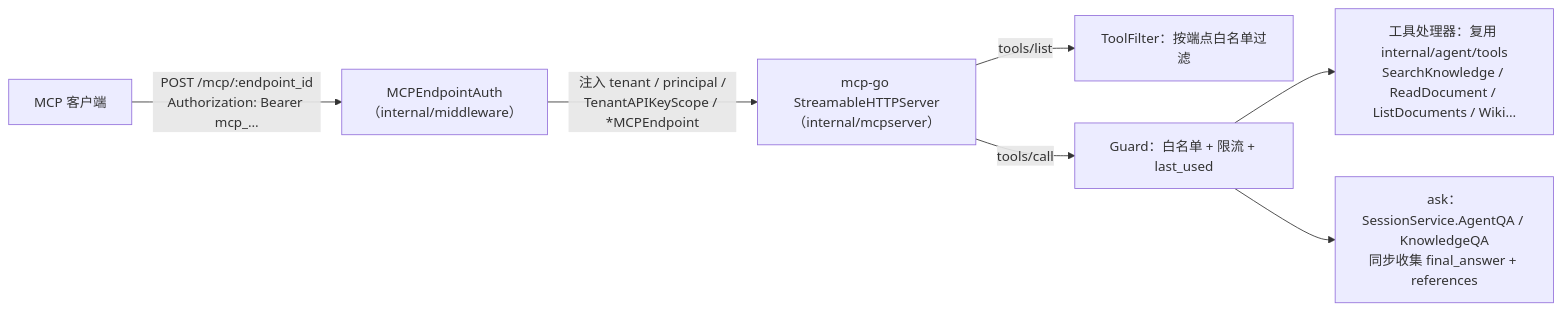
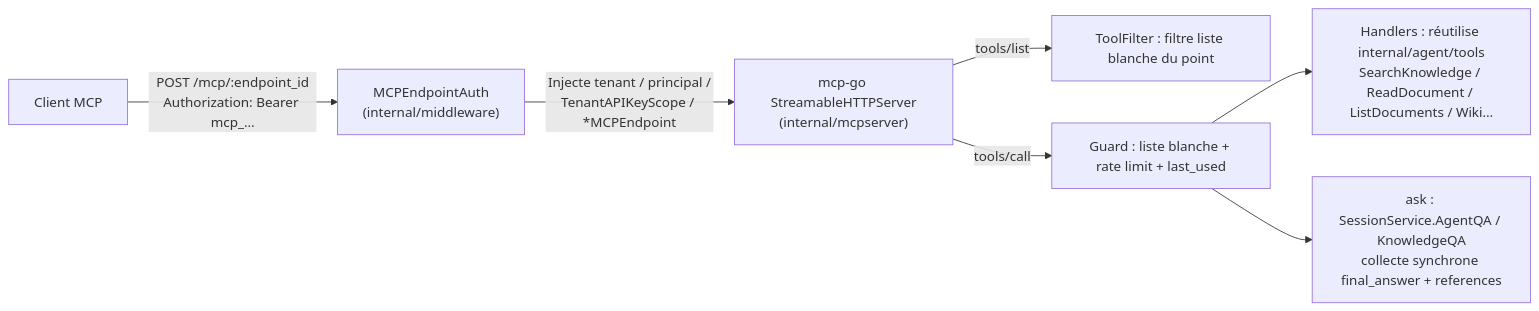
Before and after one commit to samiriggui-code/gsms-template: the fourth of 4 diagrams in website-docs/03-features/08-mcp.md, drawn with Mermaid. The commit also changed other lines of this file and 301 other files, not shown here.

````diff
--- a/website-docs/03-features/08-mcp.md
+++ b/website-docs/03-features/08-mcp.md
@@ -466,9 +466,9 @@
 ```mermaid
 flowchart LR
-    C["MCP 客户端"] -->|"POST /mcp/:endpoint_id<br/>Authorization: Bearer mcp_…"| A["MCPEndpointAuth<br/>（internal/middleware）"]
-    A -->|"注入 tenant / principal /<br/>TenantAPIKeyScope / *MCPEndpoint"| S["mcp-go StreamableHTTPServer<br/>（internal/mcpserver）"]
-    S -->|"tools/list"| F["ToolFilter：按端点白名单过滤"]
-    S -->|"tools/call"| G["Guard：白名单 + 限流 + last_used"]
-    G --> T["工具处理器：复用 internal/agent/tools<br/>SearchKnowledge / ReadDocument / ListDocuments / Wiki…"]
-    G --> Q["ask：SessionService.AgentQA / KnowledgeQA<br/>同步收集 final_answer + references"]
+    C["Client MCP"] -->|"POST /mcp/:endpoint_id<br/>Authorization: Bearer mcp_…"| A["MCPEndpointAuth<br/>(internal/middleware)"]
+    A -->|"Injecte tenant / principal /<br/>TenantAPIKeyScope / *MCPEndpoint"| S["mcp-go StreamableHTTPServer<br/>(internal/mcpserver)"]
+    S -->|"tools/list"| F["ToolFilter : filtre liste blanche du point"]
+    S -->|"tools/call"| G["Guard : liste blanche + rate limit + last_used"]
+    G --> T["Handlers : réutilise internal/agent/tools<br/>SearchKnowledge / ReadDocument / ListDocuments / Wiki…"]
+    G --> Q["ask : SessionService.AgentQA / KnowledgeQA<br/>collecte synchrone final_answer + references"]
 ```
````
